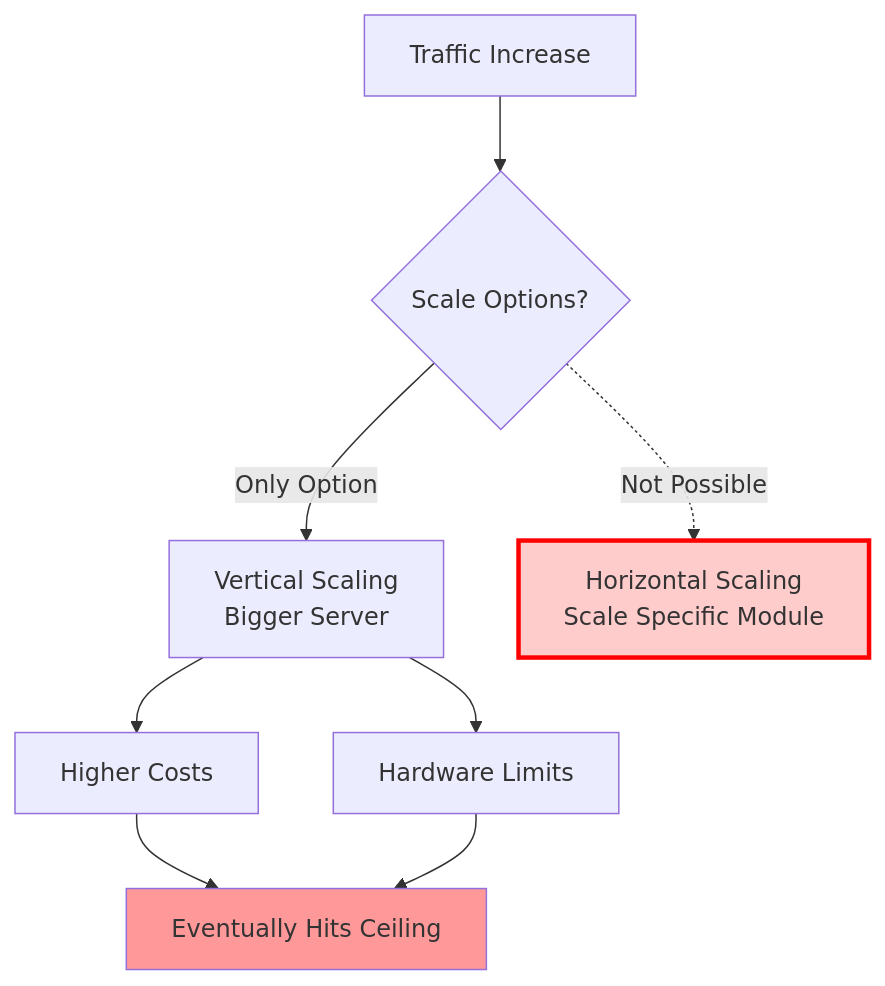
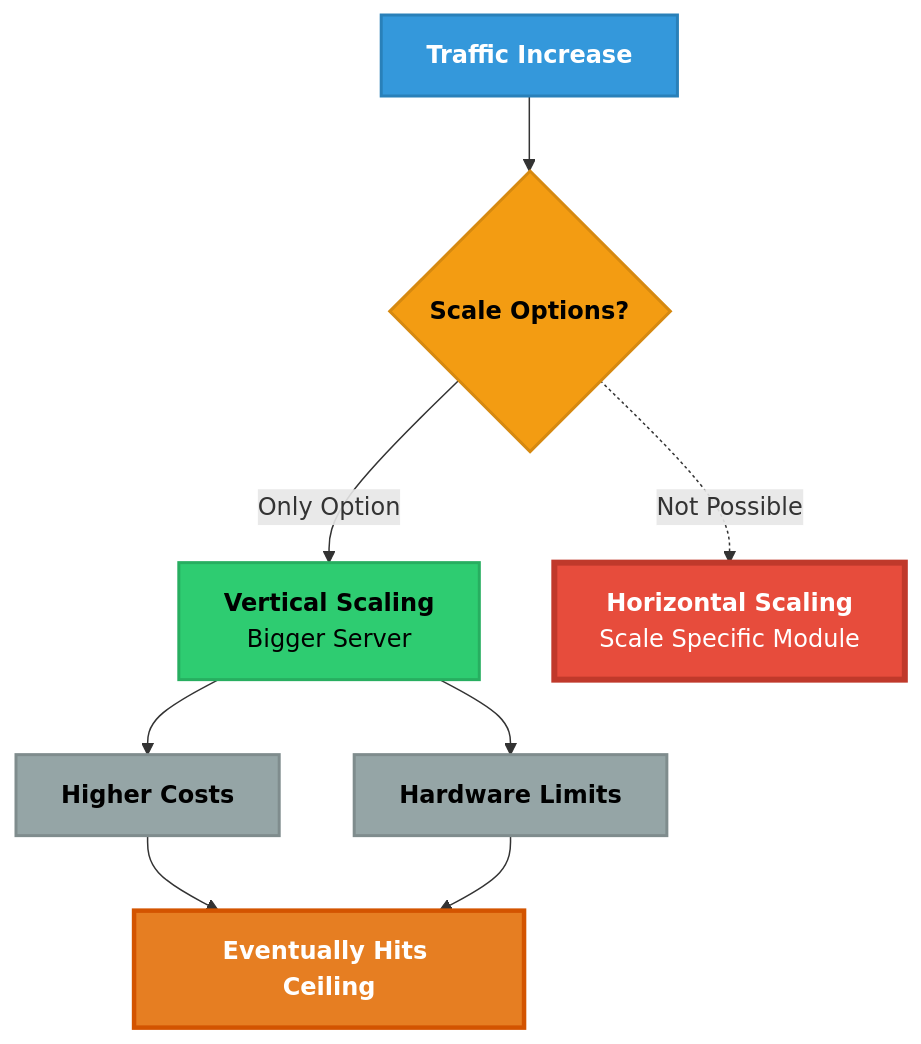
One commit to martimmpr/epicjunior-backend-db-course changed the third of 6 diagrams in diagrams/monolithic-architecture.md. Above: the diagram before and after it, drawn with Mermaid. The commit also changed other lines of this file and 3 other files, not shown here.

Commit message:
docs: Improved Diagrams Readability.

````diff
--- a/diagrams/monolithic-architecture.md
+++ b/diagrams/monolithic-architecture.md
@@ -123,15 +136,20 @@
 ```mermaid
 graph TD
-    A[Traffic Increase] --> B{Scale Options?}
-    B -->|Only Option| C[Vertical Scaling<br/>Bigger Server]
-    B -.->|Not Possible| D[Horizontal Scaling<br/>Scale Specific Module]
+    A["<b>Traffic Increase</b>"] --> B{"<b>Scale Options?</b>"}
+    B -->|Only Option| C["<b>Vertical Scaling</b><br/>Bigger Server"]
+    B -.->|Not Possible| D["<b>Horizontal Scaling</b><br/>Scale Specific Module"]
     
-    C --> E[Higher Costs]
-    C --> F[Hardware Limits]
+    C --> E["<b>Higher Costs</b>"]
+    C --> F["<b>Hardware Limits</b>"]
     
-    E --> G[Eventually Hits Ceiling]
+    E --> G["<b>Eventually Hits Ceiling</b>"]
     F --> G
     
-    style D fill:#ffcccc,stroke:#ff0000,stroke-width:3px
-    style G fill:#ff9999
+    style D fill:#e74c3c,stroke:#c0392b,stroke-width:4px,color:#fff
+    style G fill:#e67e22,stroke:#d35400,stroke-width:3px,color:#fff
+    style A fill:#3498db,stroke:#2980b9,stroke-width:2px,color:#fff
+    style B fill:#f39c12,stroke:#d68910,stroke-width:2px,color:#000
+    style C fill:#2ecc71,stroke:#27ae60,stroke-width:2px,color:#000
+    style E fill:#95a5a6,stroke:#7f8c8d,stroke-width:2px,color:#000
+    style F fill:#95a5a6,stroke:#7f8c8d,stroke-width:2px,color:#000
 ```
````
